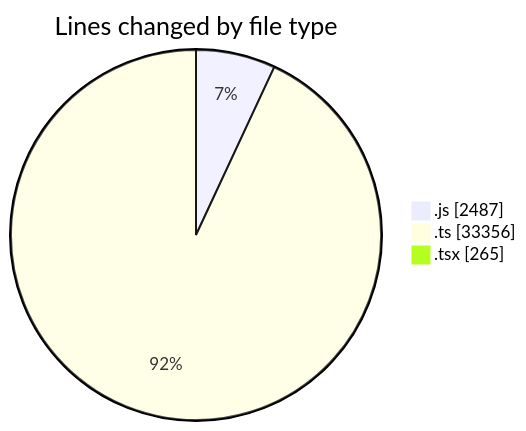
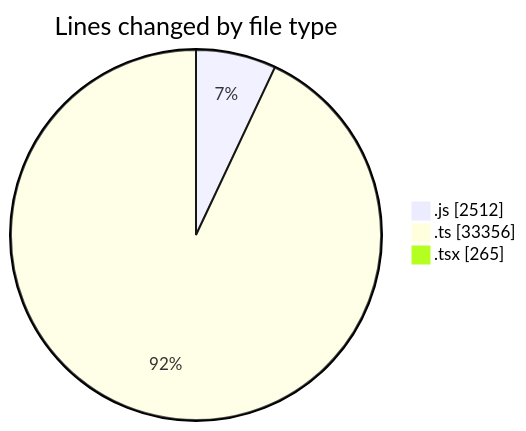
Before and after one commit to momahboobian/code-tracking: the first of 2 diagrams in 2026-02-09/cda/README.md, drawn with Mermaid. The commit also changed other lines of this file and 1 other file, not shown here.

````diff
--- a/2026-02-09/cda/README.md
+++ b/2026-02-09/cda/README.md
@@ -38,7 +38,7 @@
 ```mermaid
 pie showData
 title Lines changed by file type
-".js" : 2487
+".js" : 2512
 ".ts" : 33356
 ".tsx" : 265
 ```
````
